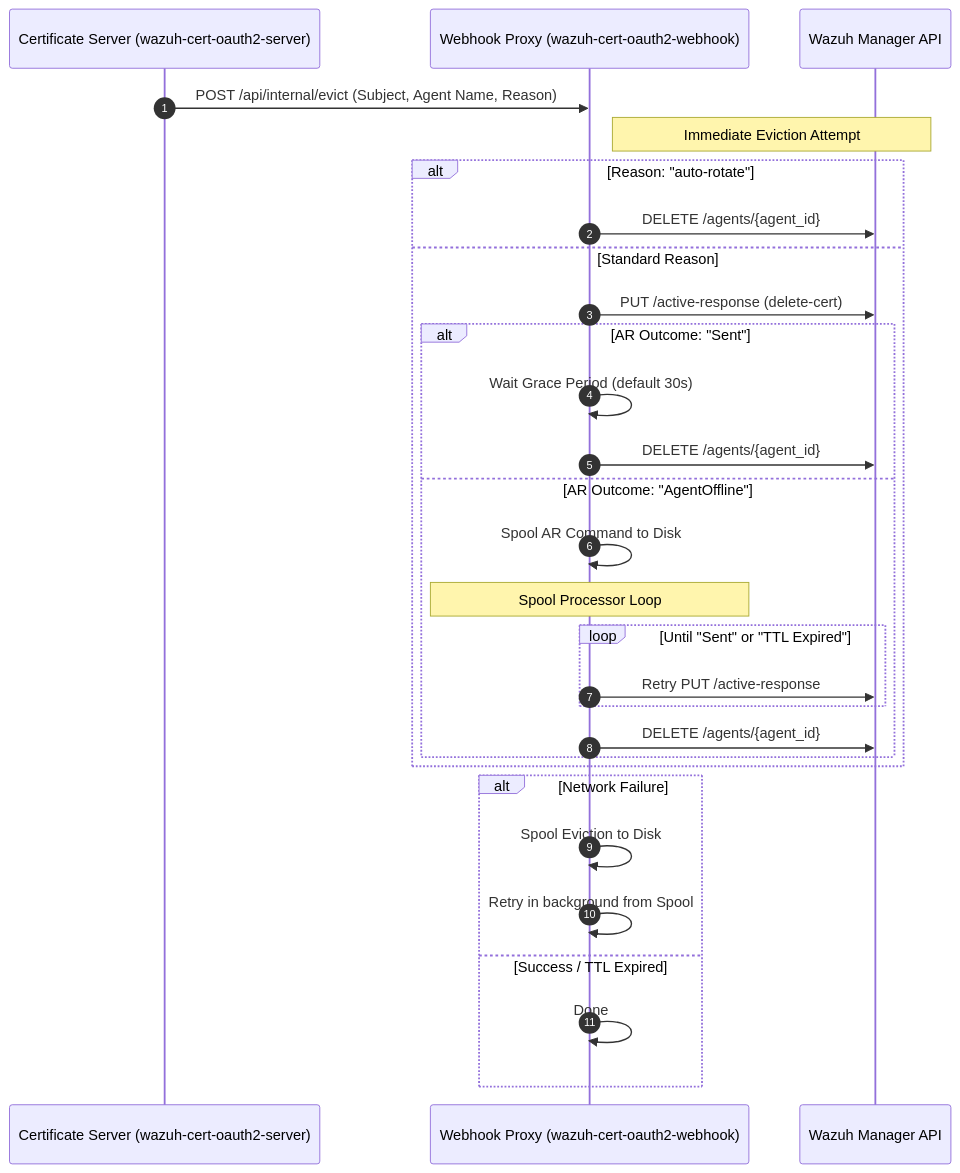
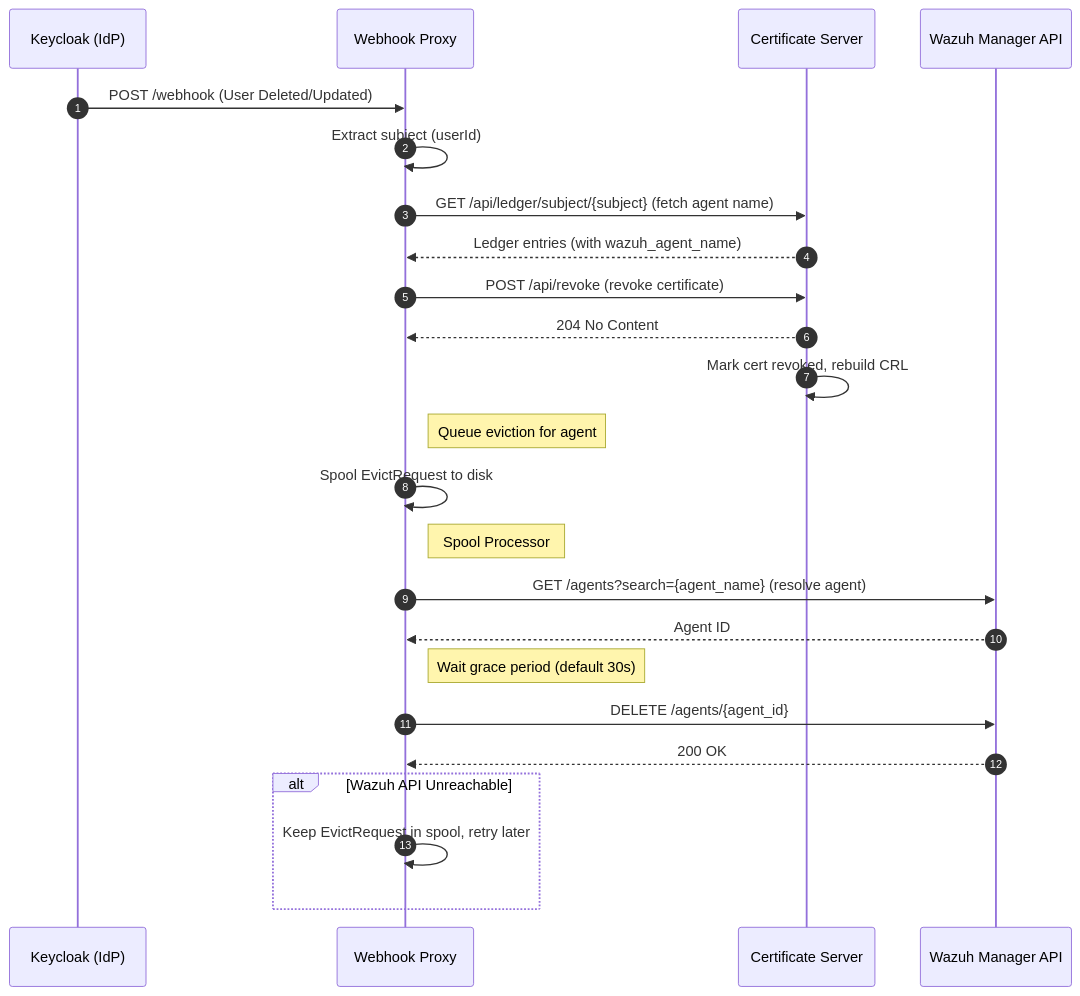
Before and after one commit to ADORSYS-GIS/wazuh-cert-oauth2: the fourth of 5 diagrams in docs/architecture.md, drawn with Mermaid. The commit also changed other lines of this file and 25 other files, not shown here.

First line of the commit message:
refactor: remove AR dependency, fix CRL ETag TOCTOU, harden eviction pipeline

````diff
--- a/docs/architecture.md
+++ b/docs/architecture.md
@@ -123,36 +127,31 @@
 ```mermaid
 sequenceDiagram
     autonumber
 
-    participant Server as Certificate Server (wazuh-cert-oauth2-server)
-    participant Webhook as Webhook Proxy (wazuh-cert-oauth2-webhook)
+    participant Keycloak as Keycloak (IdP)
+    participant Webhook as Webhook Proxy
+    participant Server as Certificate Server
     participant Wazuh as Wazuh Manager API
 
-    Server->>Webhook: POST /api/internal/evict (Subject, Agent Name, Reason)
-    
-    Note right of Webhook: Immediate Eviction Attempt
-    
-    alt Reason: "auto-rotate"
-        Webhook->>Wazuh: DELETE /agents/{agent_id}
-    else Standard Reason
-        Webhook->>Wazuh: PUT /active-response (delete-cert)
-        alt AR Outcome: "Sent"
-            Webhook->>Webhook: Wait Grace Period (default 30s)
-            Webhook->>Wazuh: DELETE /agents/{agent_id}
-        else AR Outcome: "AgentOffline"
-            Webhook->>Webhook: Spool AR Command to Disk
-            Note over Webhook: Spool Processor Loop
-            loop Until "Sent" or "TTL Expired"
-                Webhook->>Wazuh: Retry PUT /active-response
-            end
-            Webhook->>Wazuh: DELETE /agents/{agent_id}
-        end
-    end
+    Keycloak->>Webhook: POST /webhook (User Deleted/Updated)
+    Webhook->>Webhook: Extract subject (userId)
+    Webhook->>Server: GET /api/ledger/subject/{subject} (fetch agent name)
+    Server-->>Webhook: Ledger entries (with wazuh_agent_name)
+    Webhook->>Server: POST /api/revoke (revoke certificate)
+    Server-->>Webhook: 204 No Content
+    Server->>Server: Mark cert revoked, rebuild CRL
 
-    alt Network Failure
-        Webhook->>Webhook: Spool Eviction to Disk
-        Webhook->>Webhook: Retry in background from Spool
-    else Success / TTL Expired
-        Webhook->>Webhook: Done
+    Note right of Webhook: Queue eviction for agent
+    Webhook->>Webhook: Spool EvictRequest to disk
+
+    Note right of Webhook: Spool Processor
+    Webhook->>Wazuh: GET /agents?search={agent_name} (resolve agent)
+    Wazuh-->>Webhook: Agent ID
+    Note right of Webhook: Wait grace period (default 30s)
+    Webhook->>Wazuh: DELETE /agents/{agent_id}
+    Wazuh-->>Webhook: 200 OK
+
+    alt Wazuh API Unreachable
+        Webhook->>Webhook: Keep EvictRequest in spool, retry later
     end
 ```
````
